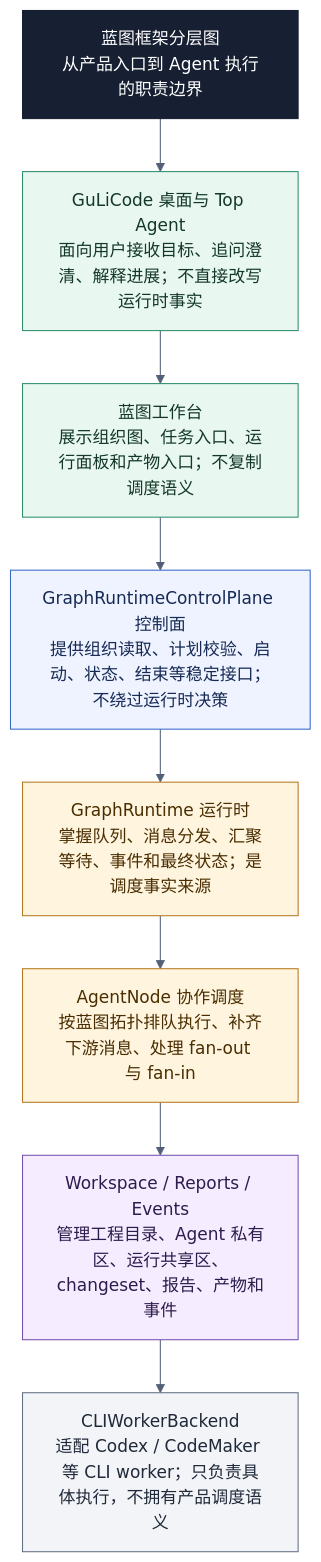
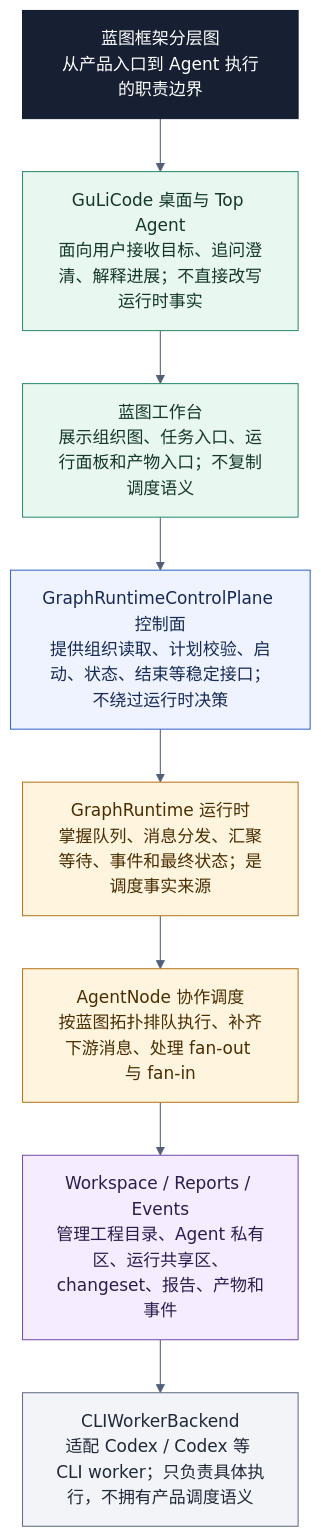
The diagram in docs/diagrams/blueprint_framework_layers.mmd (QHXRPG-A/multi_agent_tcp), drawn with Mermaid before and after one commit. The commit also changed 71 other files, not shown here.

Commit message:
Switch worker execution to Codex only

```diff
--- a/docs/diagrams/blueprint_framework_layers.mmd
+++ b/docs/diagrams/blueprint_framework_layers.mmd
@@ -1,27 +1,27 @@
 %%{init: {"theme": "base", "themeVariables": {"background": "#ffffff", "fontFamily": "Microsoft YaHei, PingFang SC, Noto Sans CJK SC, Arial, sans-serif", "primaryTextColor": "#172033", "lineColor": "#526077"}}}%%
 flowchart TB
   title["蓝图框架分层图<br/>从产品入口到 Agent 执行的职责边界"]
 
   desktop["GuLiCode 桌面与 Top Agent<br/>面向用户接收目标、追问澄清、解释进展；不直接改写运行时事实"]
   workbench["蓝图工作台<br/>展示组织图、任务入口、运行面板和产物入口；不复制调度语义"]
   control["GraphRuntimeControlPlane 控制面<br/>提供组织读取、计划校验、启动、状态、结束等稳定接口；不绕过运行时决策"]
   runtime["GraphRuntime 运行时<br/>掌握队列、消息分发、汇聚等待、事件和最终状态；是调度事实来源"]
   agents["AgentNode 协作调度<br/>按蓝图拓扑排队执行、补齐下游消息、处理 fan-out 与 fan-in"]
   workspace["Workspace / Reports / Events<br/>管理工程目录、Agent 私有区、运行共享区、changeset、报告、产物和事件"]
-  backend["CLIWorkerBackend<br/>适配 Codex / CodeMaker 等 CLI worker；只负责具体执行，不拥有产品调度语义"]
+  backend["CLIWorkerBackend<br/>适配 Codex / Codex 等 CLI worker；只负责具体执行，不拥有产品调度语义"]
 
   title --> desktop --> workbench --> control --> runtime --> agents --> workspace --> backend
 
   classDef headline fill:#172033,stroke:#172033,color:#ffffff
   classDef product fill:#e9f7f1,stroke:#2f8f6b,color:#133827
   classDef control fill:#eef3ff,stroke:#3867c8,color:#162a55
   classDef runtime fill:#fff5df,stroke:#b7791f,color:#4a2d00
   classDef workspace fill:#f5edff,stroke:#7652b3,color:#2d1c4d
   classDef backend fill:#f2f4f8,stroke:#667085,color:#202939
 
   class title headline
   class desktop,workbench product
   class control control
   class runtime,agents runtime
   class workspace workspace
   class backend backend
```
